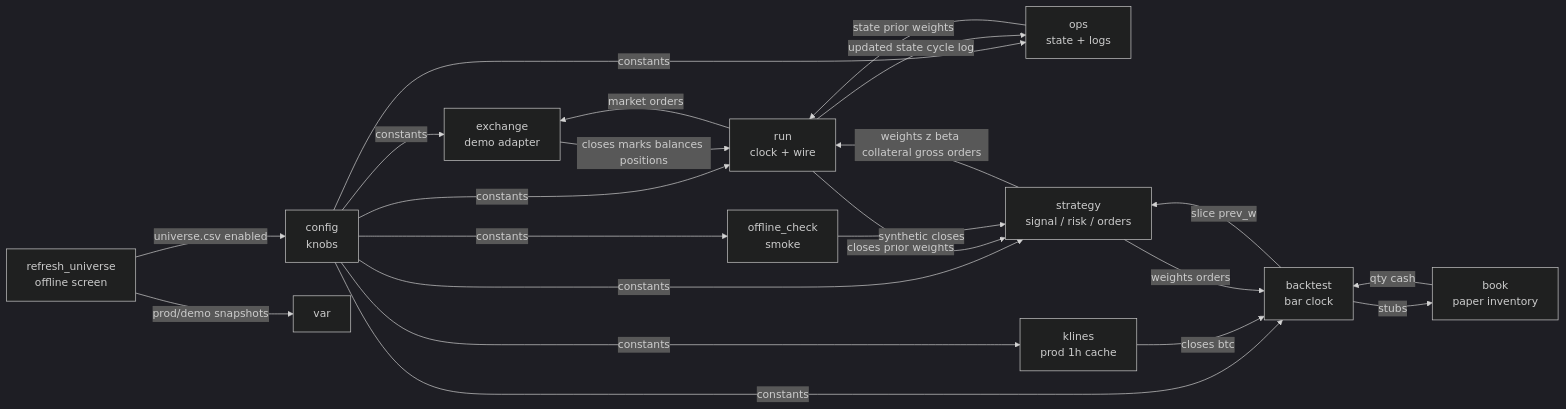
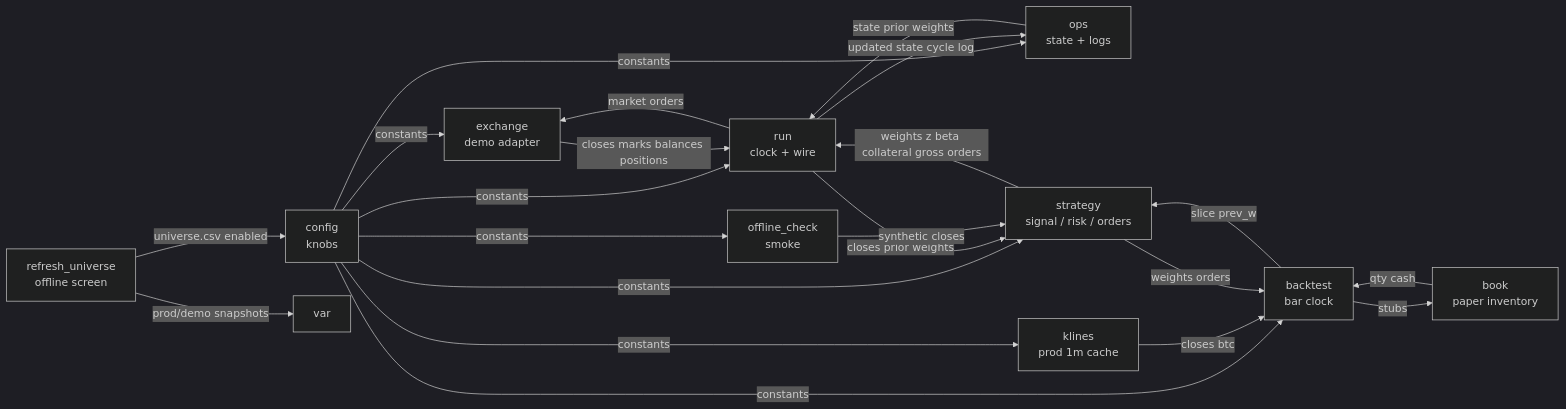
One commit to IsuruMahakumara/an-cszn-core changed the first of 2 diagrams in docs/residual-trader.md. Above: the diagram before and after it, drawn with Mermaid (dark theme). The commit also changed other lines of this file and 11 other files, not shown here.

````diff
--- a/docs/residual-trader.md
+++ b/docs/residual-trader.md
@@ -11,35 +11,35 @@
 ```mermaid
 flowchart LR
   config["config<br/>knobs"]
   exchange["exchange<br/>demo adapter"]
   ops["ops<br/>state + logs"]
   strategy["strategy<br/>signal / risk / orders"]
   run["run<br/>clock + wire"]
   offline["offline_check<br/>smoke"]
-  klines["klines<br/>prod 1h cache"]
+  klines["klines<br/>prod 1m cache"]
   book["book<br/>paper inventory"]
   backtest["backtest<br/>bar clock"]
   screen["refresh_universe<br/>offline screen"]
 
   config -->|constants| exchange
   config -->|constants| strategy
   config -->|constants| ops
   config -->|constants| run
   exchange -->|closes marks balances positions| run
   ops -->|state prior weights| run
   run -->|closes prior weights| strategy
   strategy -->|weights z beta collateral gross orders| run
   run -->|market orders| exchange
   run -->|updated state cycle log| ops
   config -->|constants| offline
   offline -->|synthetic closes| strategy
   config -->|constants| klines
   config -->|constants| backtest
   klines -->|closes btc| backtest
   backtest -->|slice prev_w| strategy
   strategy -->|weights orders| backtest
   backtest -->|stubs| book
   book -->|qty cash| backtest
   screen -->|universe.csv enabled| config
   screen -->|prod/demo snapshots| disk["var"]
 ```
````
